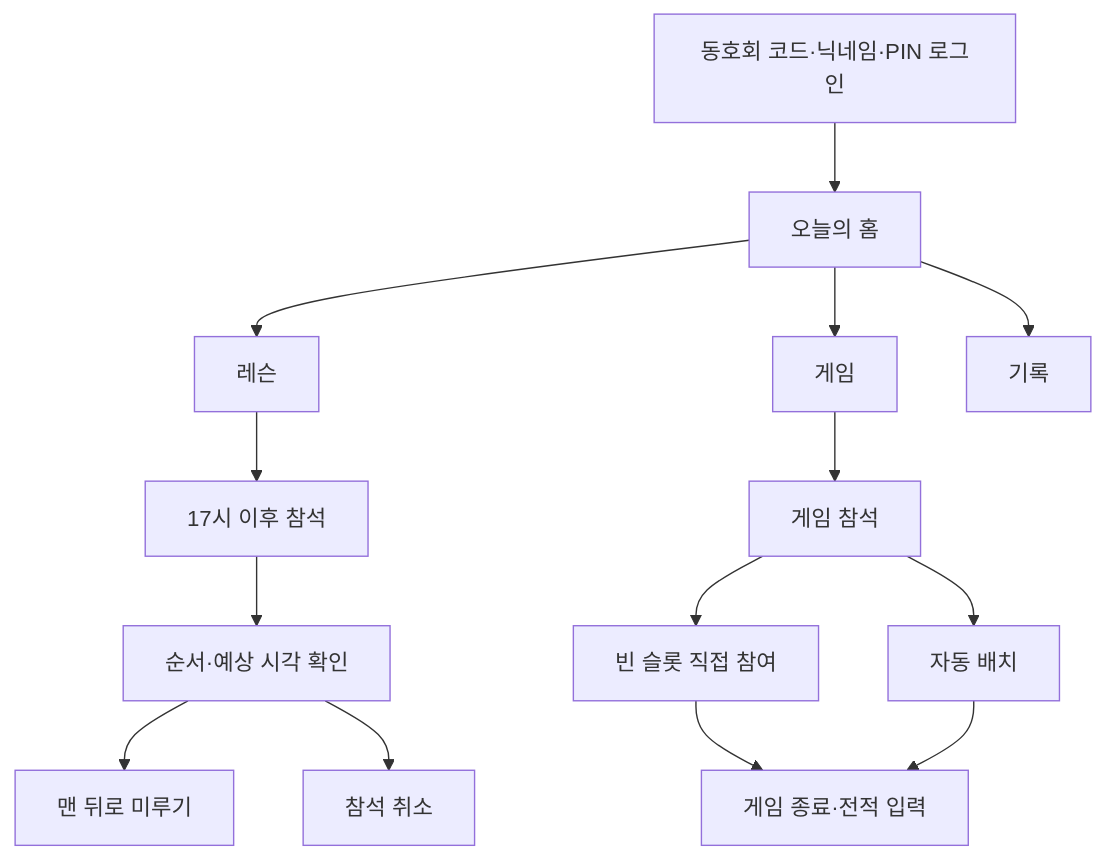
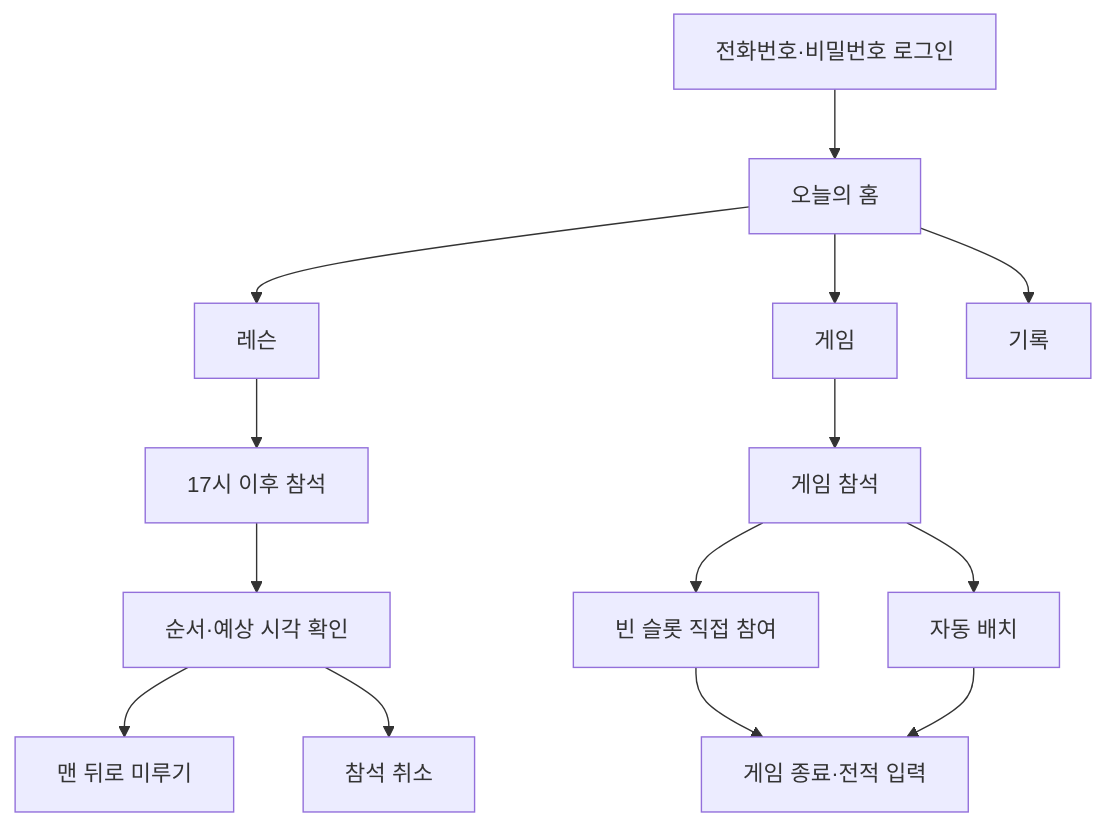
One commit to chanj86/etri-kokkok changed the first of 2 diagrams in docs/APP_DESIGN.md. Above: the diagram before and after it, drawn with Mermaid. The commit also changed other lines of this file and 15 other files, not shown here.

````diff
--- a/docs/APP_DESIGN.md
+++ b/docs/APP_DESIGN.md
@@ -69,16 +69,16 @@
 ```mermaid
 flowchart TD
-    Login["동호회 코드·닉네임·PIN 로그인"] --> Home["오늘의 홈"]
+    Login["전화번호·비밀번호 로그인"] --> Home["오늘의 홈"]
     Home --> Lesson["레슨"]
     Home --> Game["게임"]
     Home --> History["기록"]
     Lesson --> LessonJoin["17시 이후 참석"]
     LessonJoin --> LessonQueue["순서·예상 시각 확인"]
     LessonQueue --> LessonDelay["맨 뒤로 미루기"]
     LessonQueue --> LessonCancel["참석 취소"]
     Game --> Attendance["게임 참석"]
     Attendance --> Manual["빈 슬롯 직접 참여"]
     Attendance --> Auto["자동 배치"]
     Manual --> Result["게임 종료·전적 입력"]
     Auto --> Result
 ```
````
